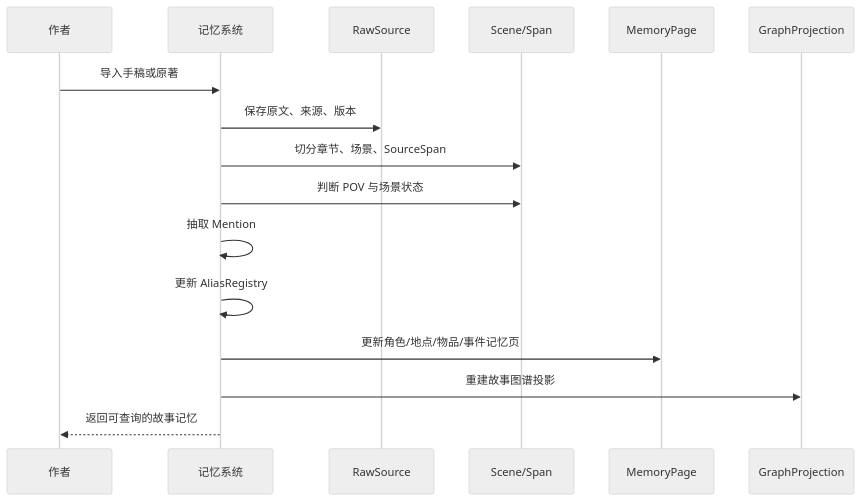
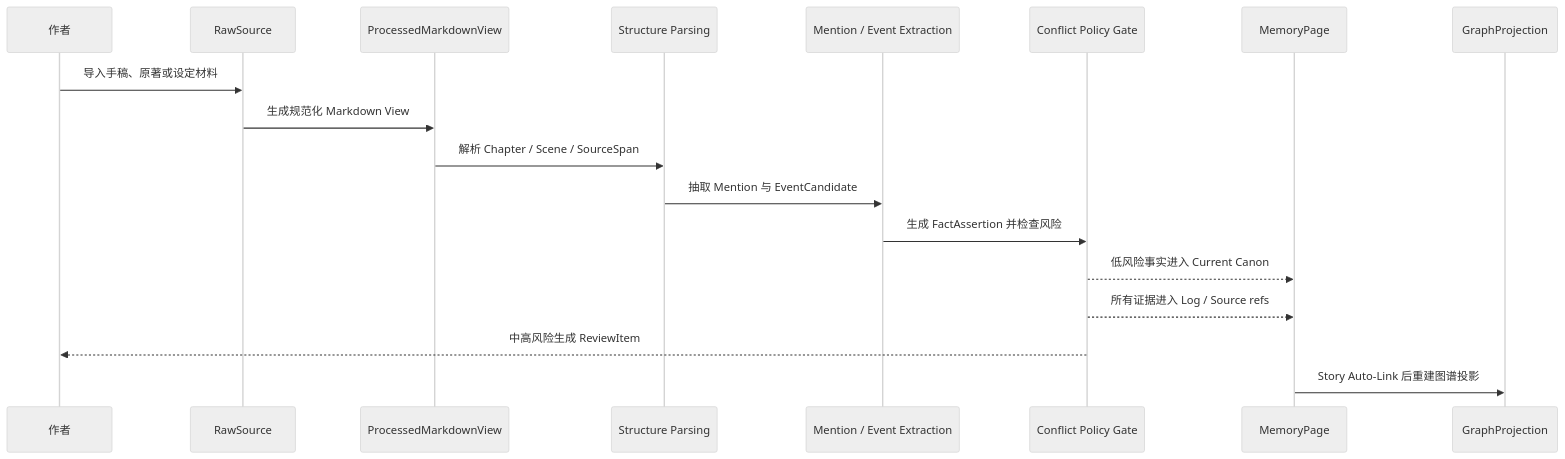
One commit to FrankQDWang/sextantlabs changed the second of 6 diagrams in goals/01-data-flow.md. Above: the diagram before and after it, drawn with Mermaid (neutral theme). The commit also changed other lines of this file and 16 other files, not shown here.

````diff
--- a/goals/01-data-flow.md
+++ b/goals/01-data-flow.md
@@ -44,19 +57,21 @@
 ```mermaid
 sequenceDiagram
     participant User as 作者
-    participant System as 记忆系统
     participant Source as RawSource
-    participant Scene as Scene/Span
-    participant Memory as MemoryPage
+    participant View as ProcessedMarkdownView
+    participant Structure as Structure Parsing
+    participant Extract as Mention / Event Extraction
+    participant Gate as Conflict Policy Gate
+    participant Page as MemoryPage
     participant Graph as GraphProjection
 
-    User->>System: 导入手稿或原著
-    System->>Source: 保存原文、来源、版本
-    System->>Scene: 切分章节、场景、SourceSpan
-    System->>Scene: 判断 POV 与场景状态
-    System->>System: 抽取 Mention
-    System->>System: 更新 AliasRegistry
-    System->>Memory: 更新角色/地点/物品/事件记忆页
-    System->>Graph: 重建故事图谱投影
-    System-->>User: 返回可查询的故事记忆
+    User->>Source: 导入手稿、原著或设定材料
+    Source->>View: 生成规范化 Markdown View
+    View->>Structure: 解析 Chapter / Scene / SourceSpan
+    Structure->>Extract: 抽取 Mention 与 EventCandidate
+    Extract->>Gate: 生成 FactAssertion 并检查风险
+    Gate-->>Page: 低风险事实进入 Current Canon
+    Gate-->>Page: 所有证据进入 Log / Source refs
+    Gate-->>User: 中高风险生成 ReviewItem
+    Page->>Graph: Story Auto-Link 后重建图谱投影
 ```
````
